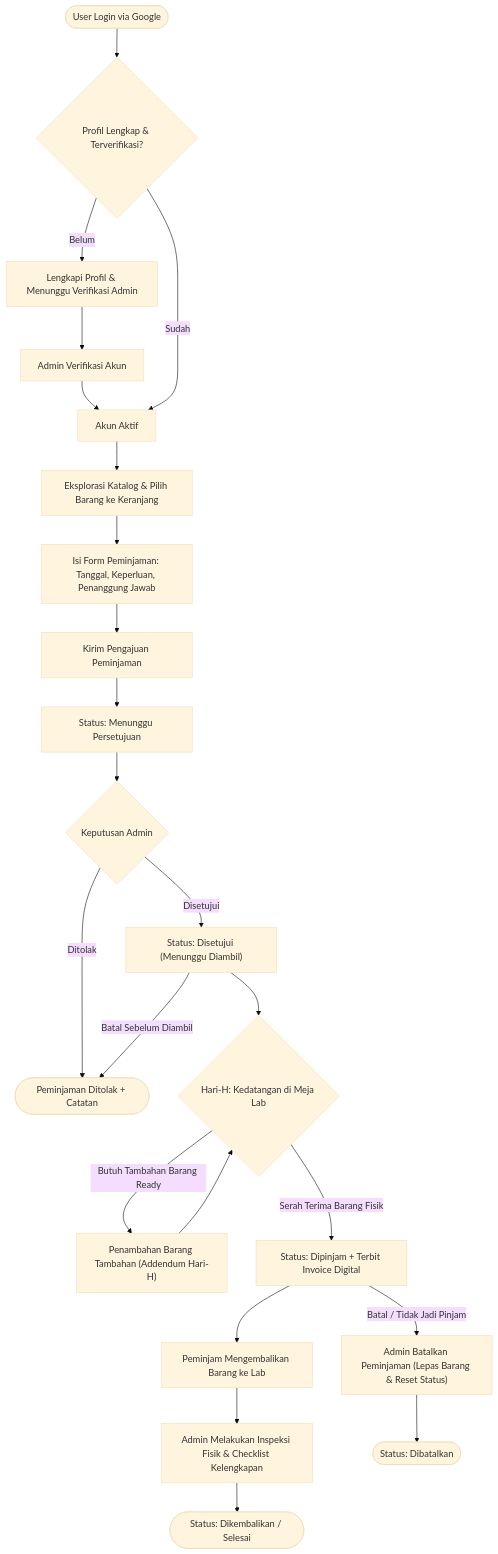
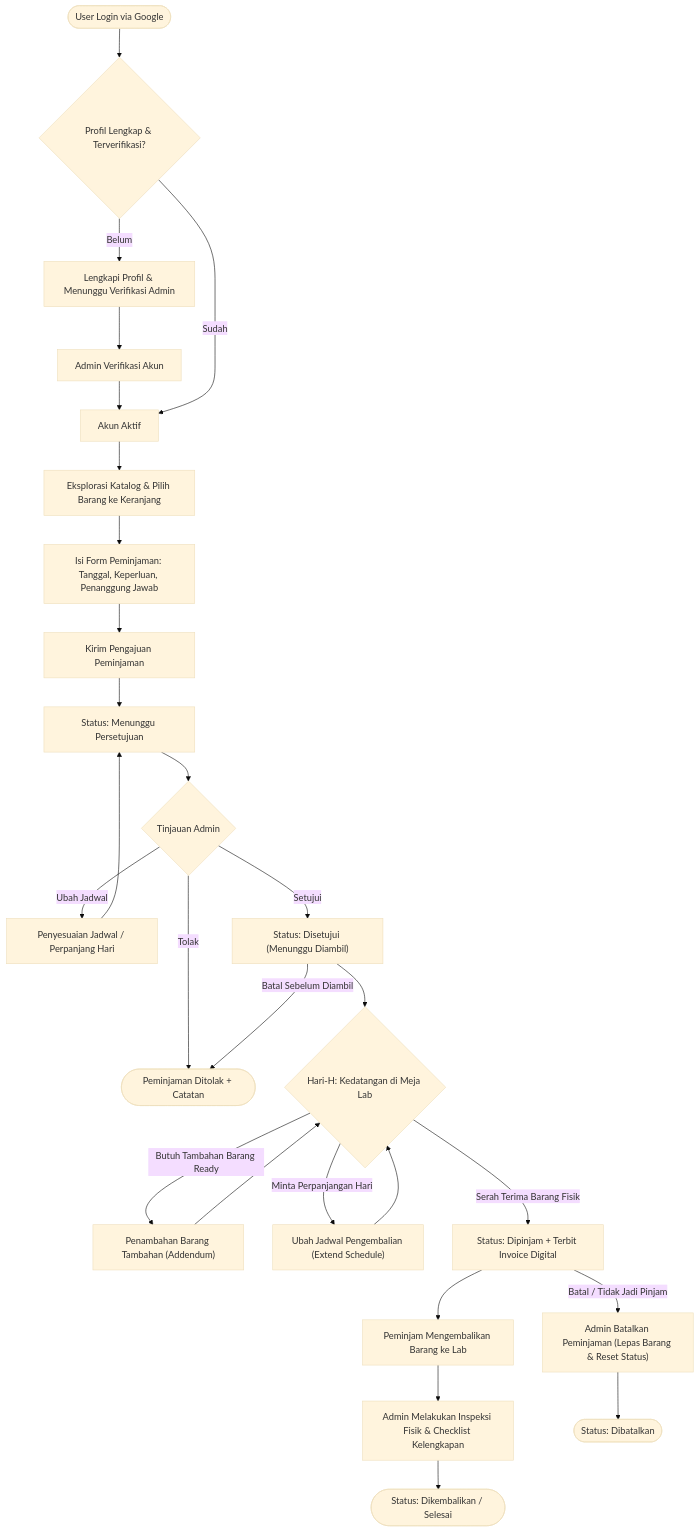
One commit to luthafiyyan/PinjamIn changed the diagram in README.md. Above: the diagram before and after it, drawn with Mermaid (base theme). The commit also changed other lines of this file, not shown here.

Commit message:
docs: perbarui README dengan alur ubah jadwal dan pencegahan bentrok reservasi dinamis

````diff
--- a/README.md
+++ b/README.md
@@ -96,30 +96,34 @@
 ```mermaid
 flowchart TD
     A([User Login via Google]) --> B{Profil Lengkap & Terverifikasi?}
     B -- Belum --> C["Lengkapi Profil & Menunggu Verifikasi Admin"]
     C --> D[Admin Verifikasi Akun]
     D --> E[Akun Aktif]
     B -- Sudah --> E
 
     E --> F["Eksplorasi Katalog & Pilih Barang ke Keranjang"]
     F --> G["Isi Form Peminjaman: Tanggal, Keperluan, Penanggung Jawab"]
     G --> H[Kirim Pengajuan Peminjaman]
     
     H --> I["Status: Menunggu Persetujuan"]
-    I --> J{Keputusan Admin}
-    J -- Ditolak --> K(["Peminjaman Ditolak + Catatan"])
-    J -- Disetujui --> L["Status: Disetujui (Menunggu Diambil)"]
+    I --> J{Tinjauan Admin}
+    J -- Tolak --> K(["Peminjaman Ditolak + Catatan"])
+    J -- Ubah Jadwal --> AdjPending["Penyesuaian Jadwal / Perpanjang Hari"]
+    AdjPending --> I
+    J -- Setujui --> L["Status: Disetujui (Menunggu Diambil)"]
 
     L --> M{"Hari-H: Kedatangan di Meja Lab"}
-    M -- Butuh Tambahan Barang Ready --> Add["Penambahan Barang Tambahan (Addendum Hari-H)"]
+    M -- Butuh Tambahan Barang Ready --> Add["Penambahan Barang Tambahan (Addendum)"]
+    M -- Minta Perpanjangan Hari --> Ext["Ubah Jadwal Pengembalian (Extend Schedule)"]
     Add --> M
+    Ext --> M
     M -- Serah Terima Barang Fisik --> N["Status: Dipinjam + Terbit Invoice Digital"]
     L -- Batal Sebelum Diambil --> K
     
     N --> O[Peminjam Mengembalikan Barang ke Lab]
     O --> P["Admin Melakukan Inspeksi Fisik & Checklist Kelengkapan"]
     P --> Q(["Status: Dikembalikan / Selesai"])
 
     N -- Batal / Tidak Jadi Pinjam --> R["Admin Batalkan Peminjaman (Lepas Barang & Reset Status)"]
     R --> S(["Status: Dibatalkan"])
 ```
````
